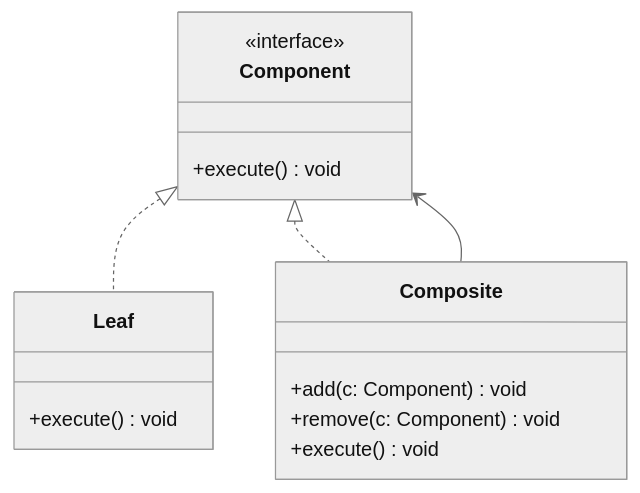
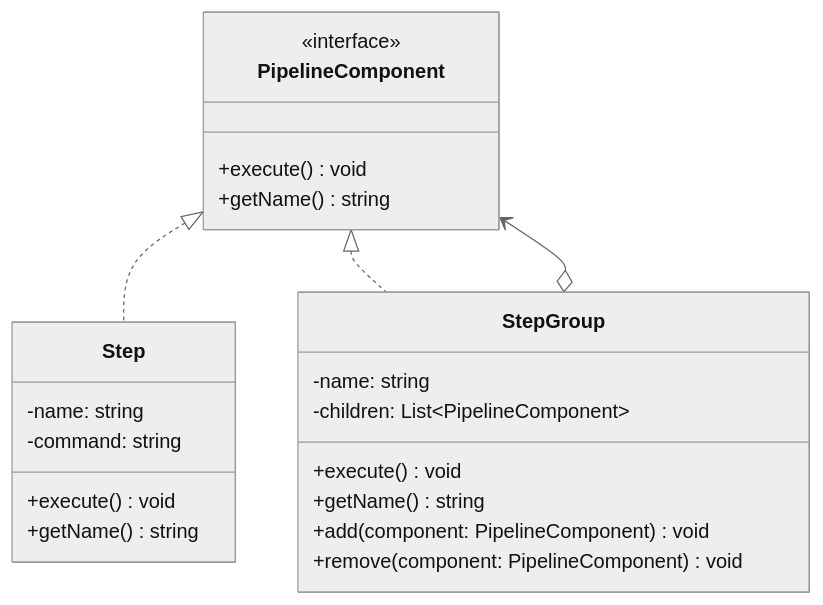
One commit to shivam-g-mishra/blog changed the diagram in docs/design-patterns/structural/composite.md. Above: the diagram before and after it, drawn with Mermaid (neutral theme). The commit also changed other lines of this file and 31 other files, not shown here.

````diff
--- a/docs/design-patterns/structural/composite.md
+++ b/docs/design-patterns/structural/composite.md
@@ -60,19 +79,28 @@
 ```mermaid
 classDiagram
-  class Component {
-    <<interface>>
-    +execute() void
-  }
-  class Leaf {
-    +execute() void
-  }
-  class Composite {
-    +add(c: Component) void
-    +remove(c: Component) void
-    +execute() void
-  }
-
-  Component <|.. Leaf
-  Component <|.. Composite
-  Composite --> Component
+    class PipelineComponent {
+        <<interface>>
+        +execute() void
+        +getName() string
+    }
+    
+    class Step {
+        -name: string
+        -command: string
+        +execute() void
+        +getName() string
+    }
+    
+    class StepGroup {
+        -name: string
+        -children: List~PipelineComponent~
+        +execute() void
+        +getName() string
+        +add(component: PipelineComponent) void
+        +remove(component: PipelineComponent) void
+    }
+    
+    PipelineComponent <|.. Step
+    PipelineComponent <|.. StepGroup
+    StepGroup o--> PipelineComponent
 ```
````
